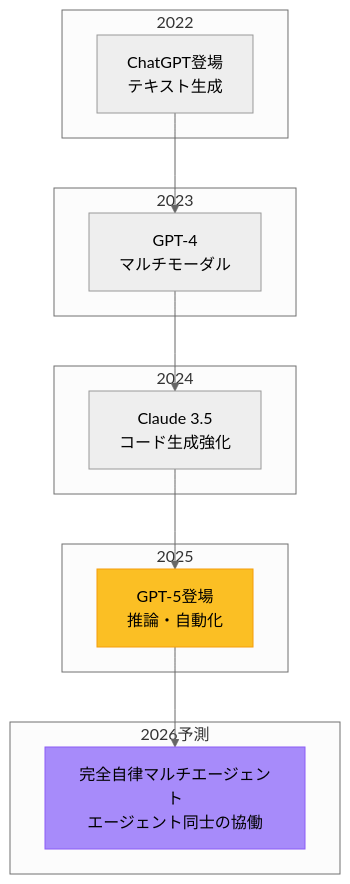
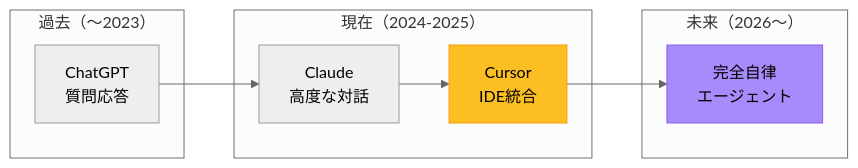
The sixth of 17 diagrams in docs/研修内容/2025年9月/第一回/1-1_オリエンテーションとマインドセット変革.md (rsensui2/vibecoder-bootcamp), drawn with Mermaid (neutral theme) before and after one commit. The commit also changed other lines of this file and 229 other files, not shown here.

````diff
--- a/docs/研修内容/2025年9月/第一回/1-1_オリエンテーションとマインドセット変革.md
+++ b/docs/研修内容/2025年9月/第一回/1-1_オリエンテーションとマインドセット変革.md
@@ -422,27 +566,22 @@
 ```mermaid
-graph TB
-    subgraph "2022"
-        A[ChatGPT登場<br/>テキスト生成]
+graph LR
+    subgraph "過去（〜2023）"
+        P1[ChatGPT<br/>質問応答]
     end
-    
-    subgraph "2023"
-        B[GPT-4<br/>マルチモーダル]
+
+    subgraph "現在（2024-2025）"
+        P2[Claude<br/>高度な対話]
+        P3[Cursor<br/>IDE統合]
     end
-    
-    subgraph "2024"
-        C[Claude 3.5<br/>コード生成強化]
+
+    subgraph "未来（2026〜）"
+        P4[完全自律<br/>エージェント]
     end
-    
-    subgraph "2025"
-        D[GPT-5登場<br/>推論・自動化]
-    end
-    
-    subgraph "2026予測"
-        E[完全自律マルチエージェント<br/>エージェント同士の協働]
-    end
-    
-    A --> B --> C --> D --> E
-    
-    style D fill:#fbbf24,stroke:#f59e0b
-    style E fill:#a78bfa,stroke:#8b5cf6
+
+    P1 --> P2
+    P2 --> P3
+    P3 --> P4
+
+    style P3 fill:#fbbf24,stroke:#f59e0b
+    style P4 fill:#a78bfa,stroke:#8b5cf6
 ```
````
